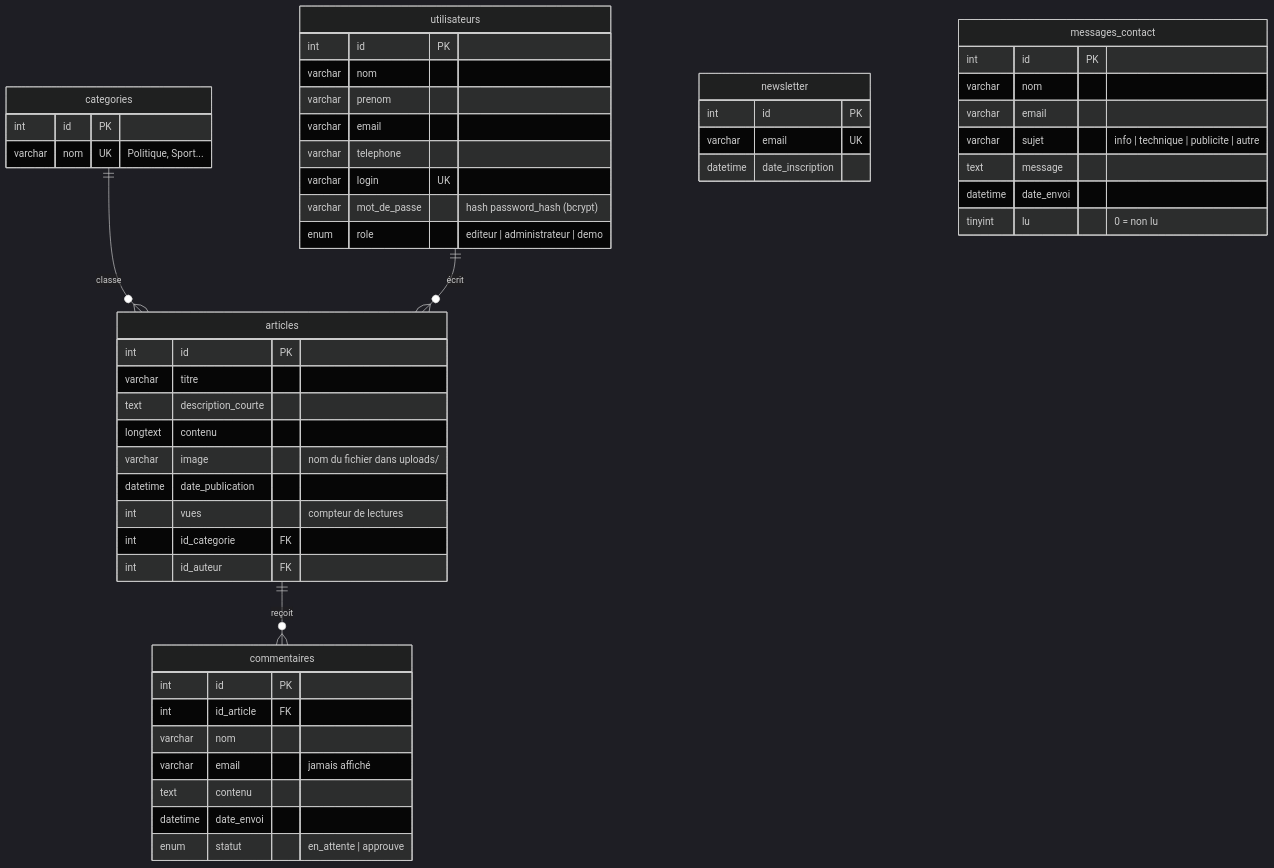
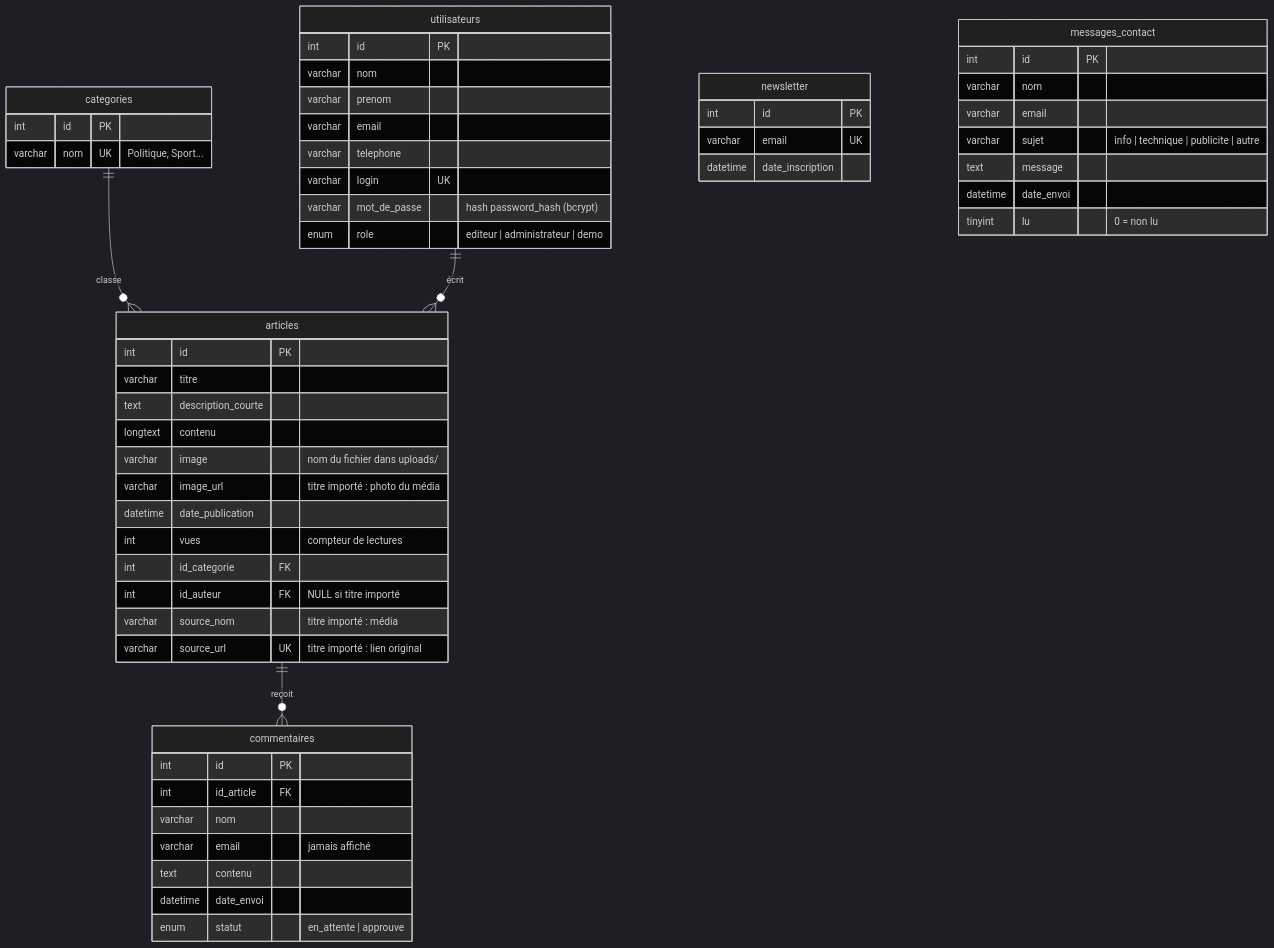
The diagram in docs/base-de-donnees.md (lambiss12-hue/Xibaar_Yi), drawn with Mermaid (dark theme) before and after one commit. The commit also changed other lines of this file and 19 other files, not shown here.

````diff
--- a/docs/base-de-donnees.md
+++ b/docs/base-de-donnees.md
@@ -8,55 +8,58 @@
 ```mermaid
 erDiagram
     categories ||--o{ articles : "classe"
     utilisateurs ||--o{ articles : "écrit"
     articles ||--o{ commentaires : "reçoit"
 
     categories {
         int id PK
         varchar nom UK "Politique, Sport..."
     }
     utilisateurs {
         int id PK
         varchar nom
         varchar prenom
         varchar email
         varchar telephone
         varchar login UK
         varchar mot_de_passe "hash password_hash (bcrypt)"
         enum role "editeur | administrateur | demo"
     }
     articles {
         int id PK
         varchar titre
         text description_courte
         longtext contenu
         varchar image "nom du fichier dans uploads/"
+        varchar image_url "titre importé : photo du média"
         datetime date_publication
         int vues "compteur de lectures"
         int id_categorie FK
-        int id_auteur FK
+        int id_auteur FK "NULL si titre importé"
+        varchar source_nom "titre importé : média"
+        varchar source_url UK "titre importé : lien original"
     }
     commentaires {
         int id PK
         int id_article FK
         varchar nom
         varchar email "jamais affiché"
         text contenu
         datetime date_envoi
         enum statut "en_attente | approuve"
     }
     newsletter {
         int id PK
         varchar email UK
         datetime date_inscription
     }
     messages_contact {
         int id PK
         varchar nom
         varchar email
         varchar sujet "info | technique | publicite | autre"
         text message
         datetime date_envoi
         tinyint lu "0 = non lu"
     }
 ```
````
